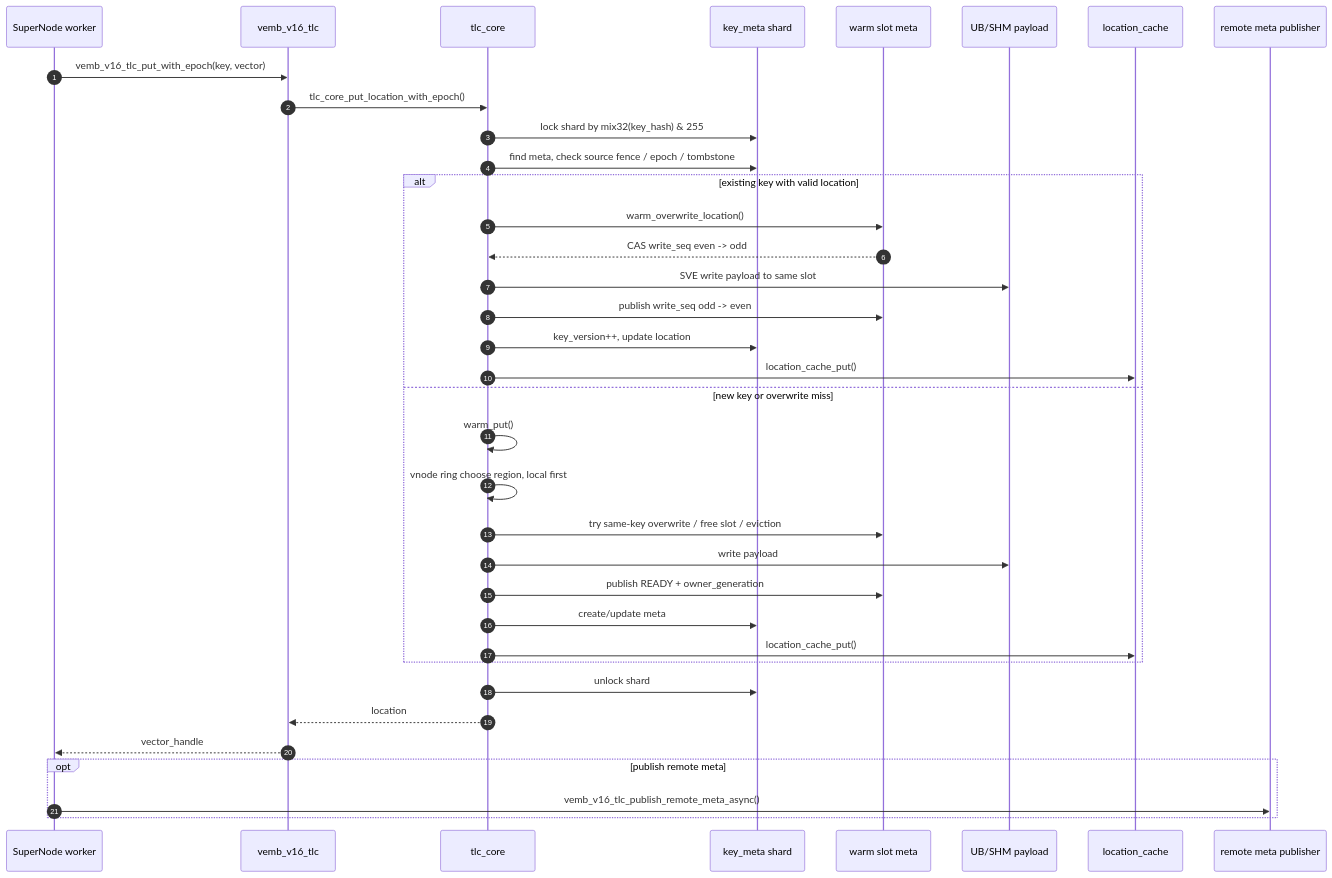
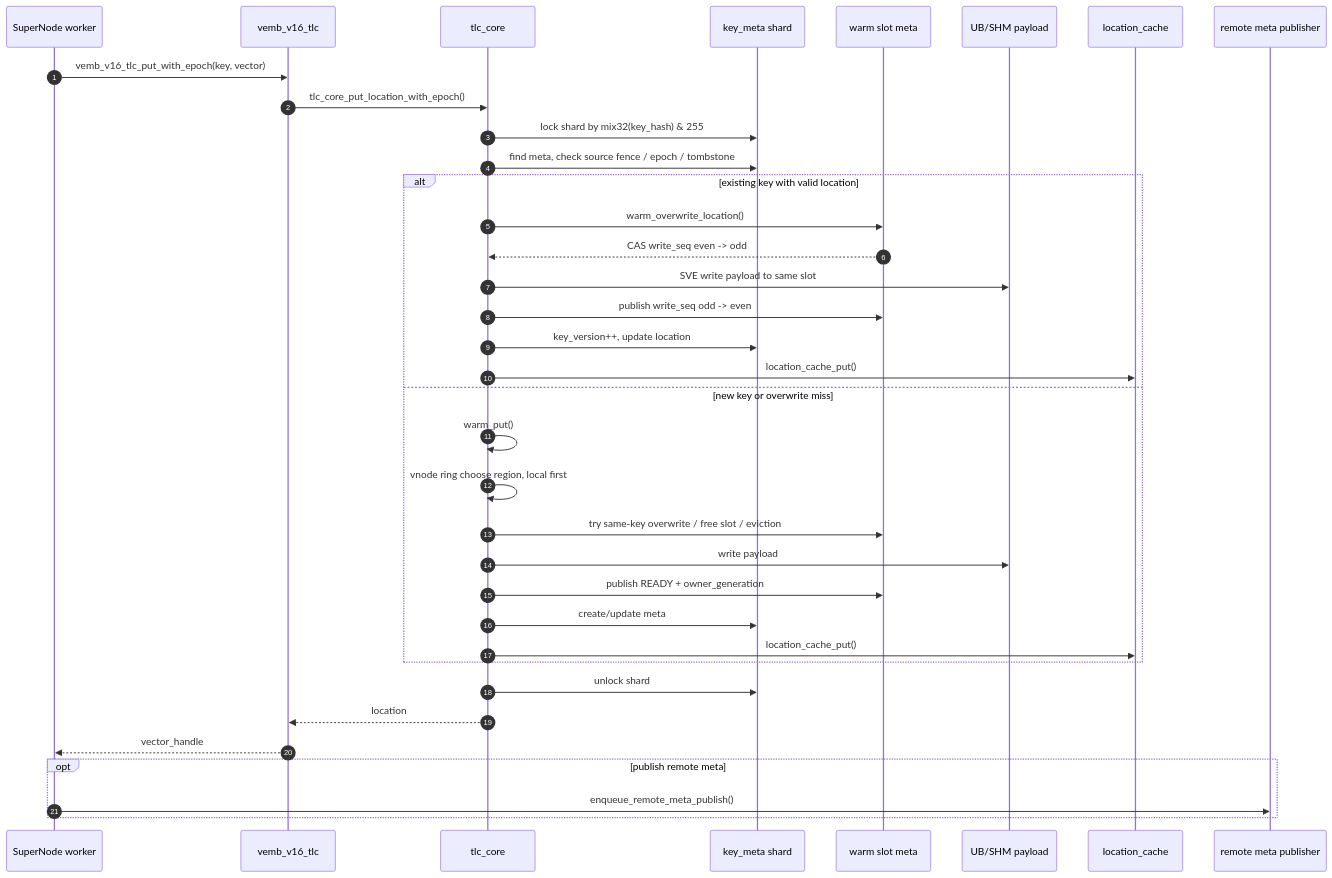
The fourth of 7 diagrams in docs/VEMB_V16_TLC_ARCHITECTURE_AND_CONCURRENCY.md (jialiuyu/redis), drawn with Mermaid before and after one commit. The commit also changed 8 other files, not shown here.

First line of the commit message:
refactor(vemb-v16): simplify TLC wrapper usage

````diff
--- a/docs/VEMB_V16_TLC_ARCHITECTURE_AND_CONCURRENCY.md
+++ b/docs/VEMB_V16_TLC_ARCHITECTURE_AND_CONCURRENCY.md
@@ -204,39 +204,39 @@
 ```mermaid
 sequenceDiagram
     autonumber
     participant SN as SuperNode worker
     participant TLC as vemb_v16_tlc
     participant Core as tlc_core
     participant KMeta as key_meta shard
     participant Slot as warm slot meta
     participant UB as UB/SHM payload
     participant LC as location_cache
     participant RM as remote meta publisher
 
     SN->>TLC: vemb_v16_tlc_put_with_epoch(key, vector)
     TLC->>Core: tlc_core_put_location_with_epoch()
     Core->>KMeta: lock shard by mix32(key_hash) & 255
     Core->>KMeta: find meta, check source fence / epoch / tombstone
     alt existing key with valid location
         Core->>Slot: warm_overwrite_location()
         Slot-->>Core: CAS write_seq even -> odd
         Core->>UB: SVE write payload to same slot
         Core->>Slot: publish write_seq odd -> even
         Core->>KMeta: key_version++, update location
         Core->>LC: location_cache_put()
     else new key or overwrite miss
         Core->>Core: warm_put()
         Core->>Core: vnode ring choose region, local first
         Core->>Slot: try same-key overwrite / free slot / eviction
         Core->>UB: write payload
         Core->>Slot: publish READY + owner_generation
         Core->>KMeta: create/update meta
         Core->>LC: location_cache_put()
     end
     Core->>KMeta: unlock shard
     Core-->>TLC: location
     TLC-->>SN: vector_handle
     opt publish remote meta
-        SN->>RM: vemb_v16_tlc_publish_remote_meta_async()
+        SN->>RM: enqueue_remote_meta_publish()
     end
 ```
````
